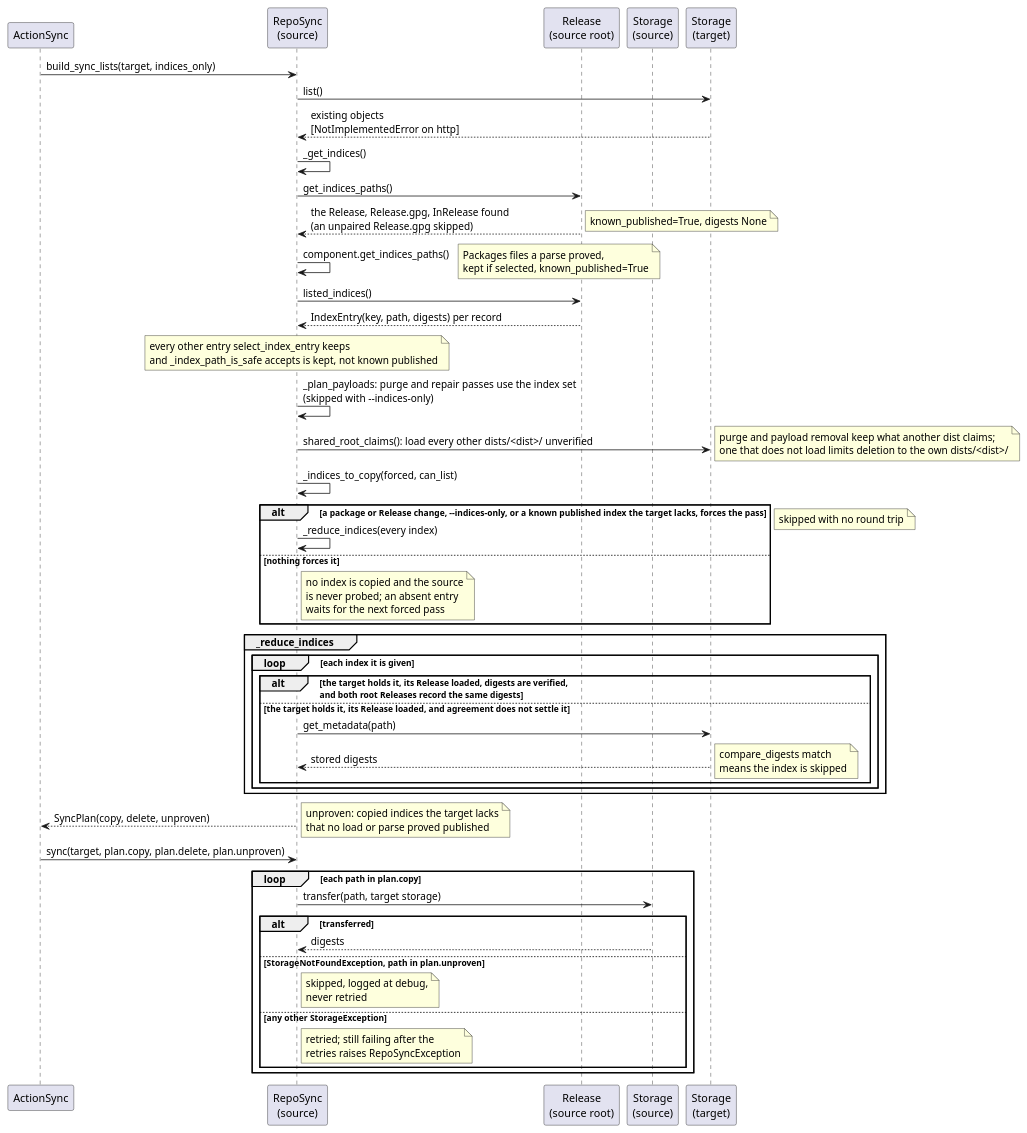
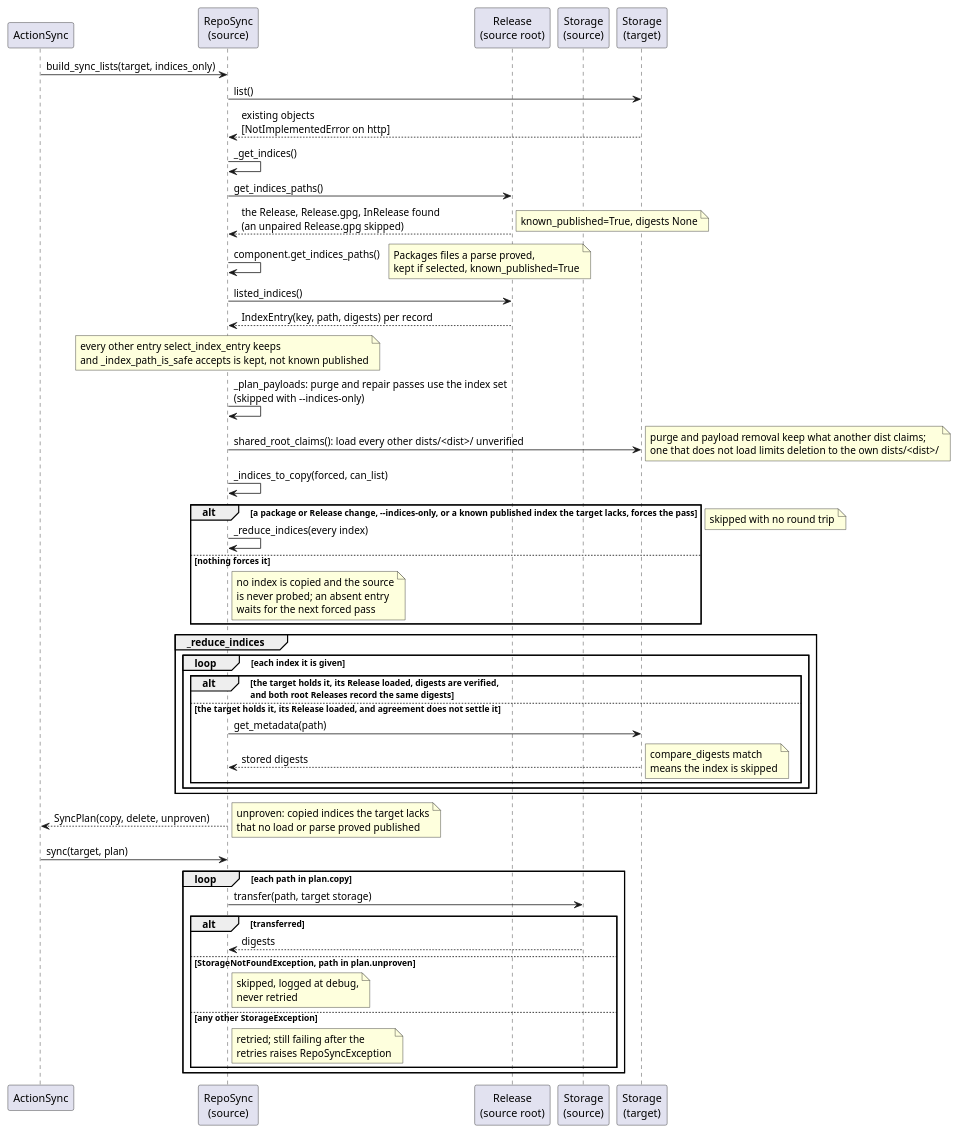
One commit to vinklat/debkit changed the diagram in docs/development/diagrams/repo-sync-indices-sequence.puml. Above: the diagram before and after it, drawn with PlantUML. The commit also changed 8 other files, not shown here.

First line of the commit message:
Pass the SyncPlan whole to RepoSync.sync

```diff
--- a/docs/development/diagrams/repo-sync-indices-sequence.puml
+++ b/docs/development/diagrams/repo-sync-indices-sequence.puml
@@ -1,60 +1,60 @@
 @startuml
 participant ActionSync
 participant "RepoSync\n(source)" as Src
 participant "Release\n(source root)" as Rel
 participant "Storage\n(source)" as SStor
 participant "Storage\n(target)" as TStor
 
 ActionSync -> Src: build_sync_lists(target, indices_only)
 Src -> TStor: list()
 TStor --> Src: existing objects\n[NotImplementedError on http]
 
 Src -> Src: _get_indices()
 Src -> Rel: get_indices_paths()
 Rel --> Src: the Release, Release.gpg, InRelease found\n(an unpaired Release.gpg skipped)
 note right: known_published=True, digests None
 Src -> Src: component.get_indices_paths()
 note right: Packages files a parse proved,\nkept if selected, known_published=True
 Src -> Rel: listed_indices()
 Rel --> Src: IndexEntry(key, path, digests) per record
 
 note over Src: every other entry select_index_entry keeps\nand _index_path_is_safe accepts is kept, not known published
 
 Src -> Src: _plan_payloads: purge and repair passes use the index set\n(skipped with --indices-only)
 Src -> TStor: shared_root_claims(): load every other dists/<dist>/ unverified
 note right: purge and payload removal keep what another dist claims;\none that does not load limits deletion to the own dists/<dist>/
 
 Src -> Src: _indices_to_copy(forced, can_list)
 alt a package or Release change, --indices-only, or a known published index the target lacks, forces the pass
   Src -> Src: _reduce_indices(every index)
 else nothing forces it
   note right of Src: no index is copied and the source\nis never probed; an absent entry\nwaits for the next forced pass
 end
 
 group _reduce_indices
   loop each index it is given
     alt the target holds it, its Release loaded, digests are verified,\nand both root Releases record the same digests
       note right: skipped with no round trip
     else the target holds it, its Release loaded, and agreement does not settle it
       Src -> TStor: get_metadata(path)
       TStor --> Src: stored digests
       note right: compare_digests match\nmeans the index is skipped
     end
   end
 end
 
 Src --> ActionSync: SyncPlan(copy, delete, unproven)
 note right: unproven: copied indices the target lacks\nthat no load or parse proved published
 
-ActionSync -> Src: sync(target, plan.copy, plan.delete, plan.unproven)
+ActionSync -> Src: sync(target, plan)
 loop each path in plan.copy
   Src -> SStor: transfer(path, target storage)
   alt transferred
     SStor --> Src: digests
   else StorageNotFoundException, path in plan.unproven
     note right of Src: skipped, logged at debug,\nnever retried
   else any other StorageException
     note right of Src: retried; still failing after the\nretries raises RepoSyncException
   end
 end
 @enduml
```
